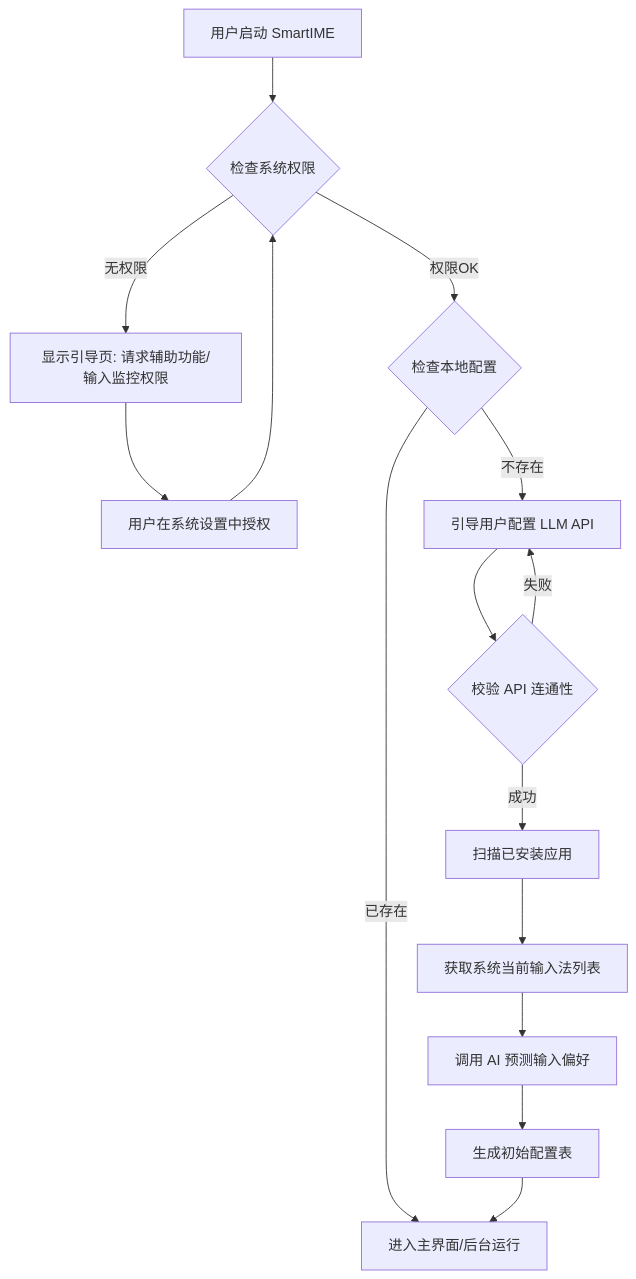
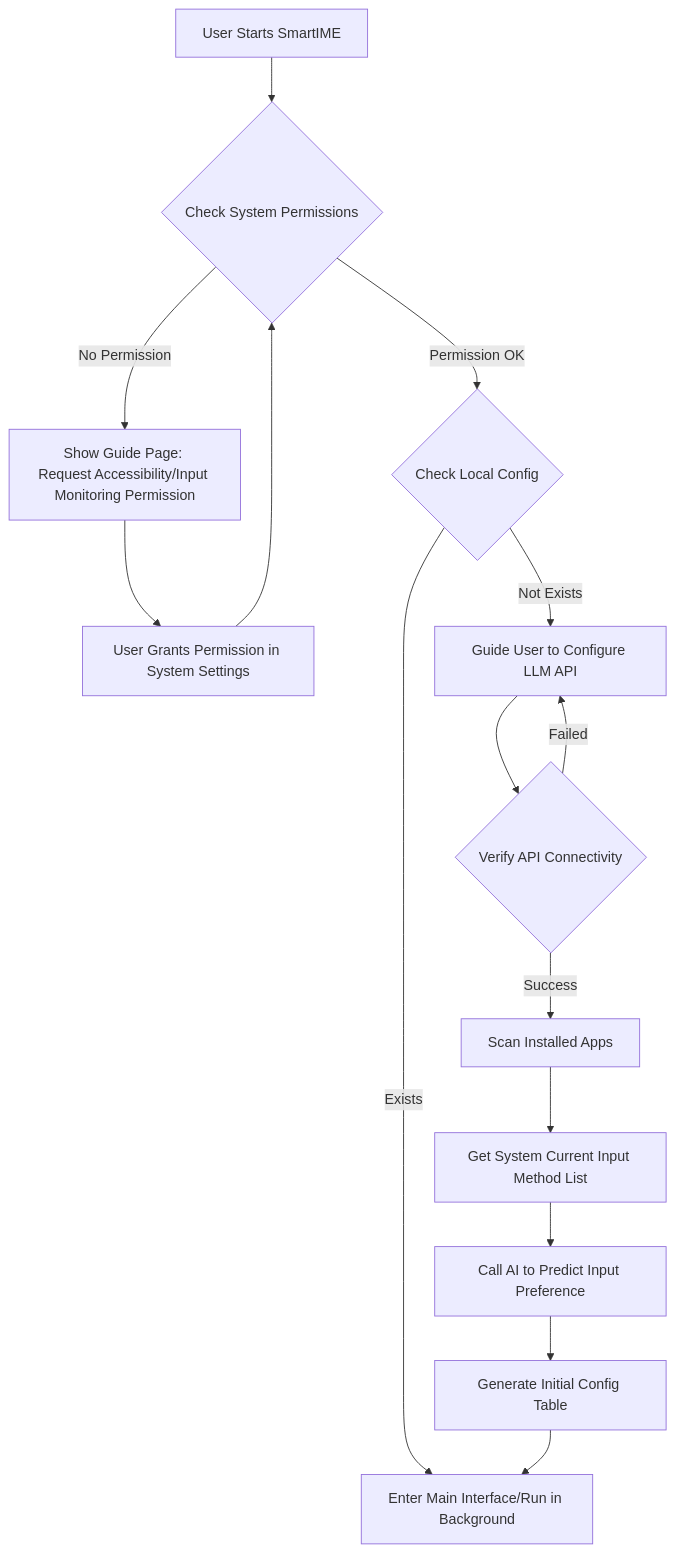
The first of 2 diagrams in REQUIREMENTS.md (SummerLiu95/SmartIME), drawn with Mermaid before and after one commit. The commit also changed other lines of this file and 4 other files, not shown here.

````diff
--- a/REQUIREMENTS.md
+++ b/REQUIREMENTS.md
@@ -17,17 +17,17 @@
 ```mermaid
 graph TD
-    A[用户启动 SmartIME] --> B{检查系统权限}
-    B -- 无权限 --> C[显示引导页: 请求辅助功能/输入监控权限]
-    C --> D[用户在系统设置中授权]
+    A[User Starts SmartIME] --> B{Check System Permissions}
+    B -- No Permission --> C[Show Guide Page: Request Accessibility/Input Monitoring Permission]
+    C --> D[User Grants Permission in System Settings]
     D --> B
-    B -- 权限OK --> E{检查本地配置}
-    E -- 已存在 --> F[进入主界面/后台运行]
-    E -- 不存在 --> J[引导用户配置 LLM API]
-    J --> K{校验 API 连通性}
-    K -- 失败 --> J
-    K -- 成功 --> G[扫描已安装应用]
-    G --> L[获取系统当前输入法列表]
-    L --> H[调用 AI 预测输入偏好]
-    H --> I[生成初始配置表]
+    B -- Permission OK --> E{Check Local Config}
+    E -- Exists --> F[Enter Main Interface/Run in Background]
+    E -- Not Exists --> J[Guide User to Configure LLM API]
+    J --> K{Verify API Connectivity}
+    K -- Failed --> J
+    K -- Success --> G[Scan Installed Apps]
+    G --> L[Get System Current Input Method List]
+    L --> H[Call AI to Predict Input Preference]
+    H --> I[Generate Initial Config Table]
     I --> F
 ```
````
